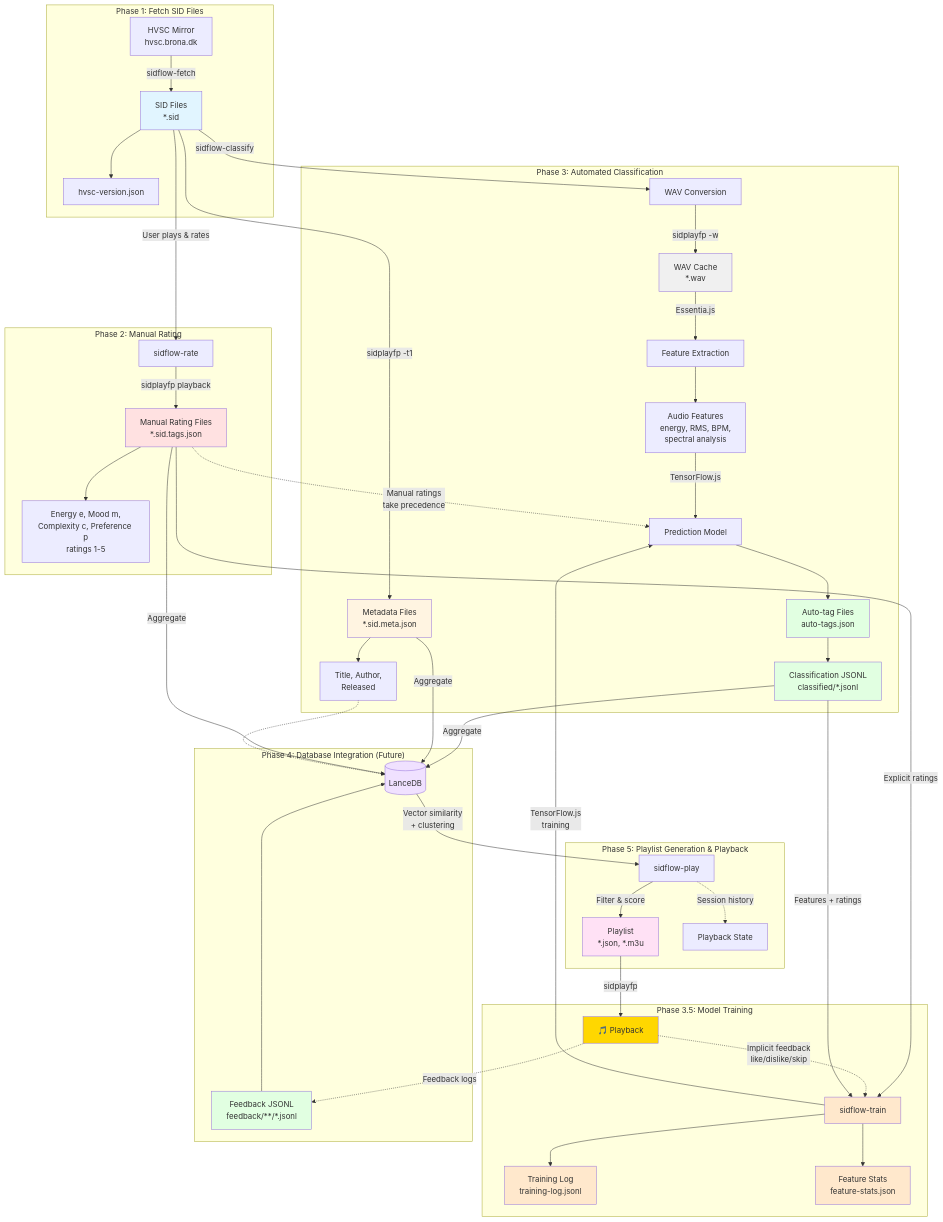
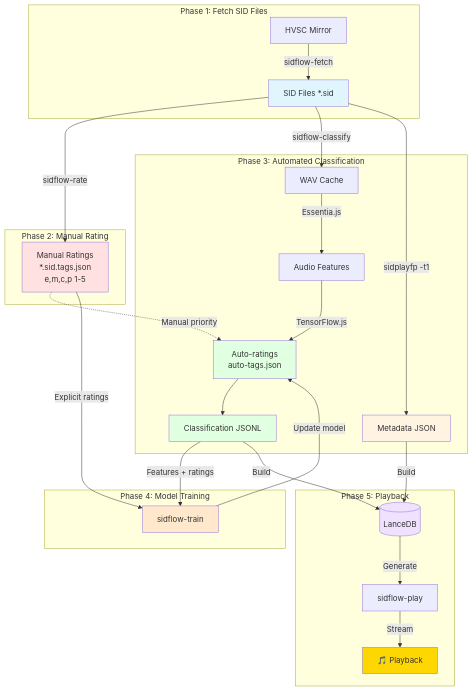
The diagram in README.md (chrisgleissner/sidflow), drawn with Mermaid before and after one commit. The commit also changed other lines of this file and 1 other file, not shown here.

Commit message:
Complete Phase 11 rollout and update README

````diff
--- a/README.md
+++ b/README.md
@@ -99,65 +96,41 @@
 ```mermaid
 graph TB
     subgraph "Phase 1: Fetch SID Files"
-        A[HVSC Mirror<br/>hvsc.brona.dk] -->|sidflow-fetch| B[SID Files<br/>*.sid]
-        B --> C[hvsc-version.json]
+        A[HVSC Mirror] -->|sidflow-fetch| B[SID Files *.sid]
     end
     
     subgraph "Phase 2: Manual Rating"
-        B -->|User plays & rates| D[sidflow-rate]
-        D -->|sidplayfp playback| E[Manual Rating Files<br/>*.sid.tags.json]
-        E --> F[Energy e, Mood m,<br/>Complexity c, Preference p<br/>ratings 1-5]
+        B -->|sidflow-rate| D[Manual Ratings<br/>*.sid.tags.json<br/>e,m,c,p 1-5]
     end
     
     subgraph "Phase 3: Automated Classification"
-        B -->|sidflow-classify| G[WAV Conversion]
-        G -->|sidplayfp -w| H[WAV Cache<br/>*.wav]
-        H -->|Essentia.js| I[Feature Extraction]
-        I --> J[Audio Features<br/>energy, RMS, BPM,<br/>spectral analysis]
-        J -->|TensorFlow.js| K[Prediction Model]
-        E -.->|Manual ratings<br/>take precedence| K
-        K --> L[Auto-tag Files<br/>auto-tags.json]
-        L --> JSONL[Classification JSONL<br/>classified/*.jsonl]
-        B -->|sidplayfp -t1| M[Metadata Files<br/>*.sid.meta.json]
-        M --> N[Title, Author,<br/>Released]
+        B -->|sidflow-classify| G[WAV Cache]
+        G -->|Essentia.js| I[Audio Features]
+        I -->|TensorFlow.js| K[Auto-ratings<br/>auto-tags.json]
+        D -.->|Manual priority| K
+        K --> JSONL[Classification JSONL]
+        B -->|sidplayfp -t1| M[Metadata JSON]
     end
     
-    subgraph "Phase 3.5: Model Training"
-        E -->|Explicit ratings| T[sidflow-train]
-        R -.->|Implicit feedback<br/>like/dislike/skip| T
+    subgraph "Phase 4: Model Training"
+        D -->|Explicit ratings| T[sidflow-train]
         JSONL -->|Features + ratings| T
-        T -->|TensorFlow.js<br/>training| K
-        T --> TL[Training Log<br/>training-log.jsonl]
-        T --> TS[Feature Stats<br/>feature-stats.json]
+        T -->|Update model| K
     end
     
-    subgraph "Phase 4: Database Integration (Future)"
-        JSONL -->|Aggregate| O[(LanceDB)]
-        M -->|Aggregate| O
-        E -->|Aggregate| O
-        N -.-> O
-        R -.->|Feedback logs| FB[Feedback JSONL<br/>feedback/**/*.jsonl]
-        FB --> O
-    end
-    
-    subgraph "Phase 5: Playlist Generation & Playback"
-        O -->|Vector similarity<br/>+ clustering| P[sidflow-play]
-        P -->|Filter & score| Q[Playlist<br/>*.json, *.m3u]
-        Q -->|sidplayfp| R[🎵 Playback]
-        P -.->|Session history| S[Playback State]
+    subgraph "Phase 5: Playback"
+        JSONL -->|Build| O[(LanceDB)]
+        M -->|Build| O
+        O -->|Generate| P[sidflow-play]
+        P -->|Stream| R[🎵 Playback]
     end
     
     style B fill:#e1f5ff
-    style E fill:#ffe1e1
-    style H fill:#f0f0f0
-    style L fill:#e1ffe1
+    style D fill:#ffe1e1
+    style K fill:#e1ffe1
+    style JSONL fill:#e1ffe1
     style M fill:#fff4e1
     style T fill:#ffe8cc
-    style TL fill:#ffe8cc
-    style TS fill:#ffe8cc
-    style JSONL fill:#e1ffe1
-    style FB fill:#e1ffe1
     style O fill:#f0e1ff
-    style Q fill:#ffe1f5
     style R fill:#ffd700
 ```
````
